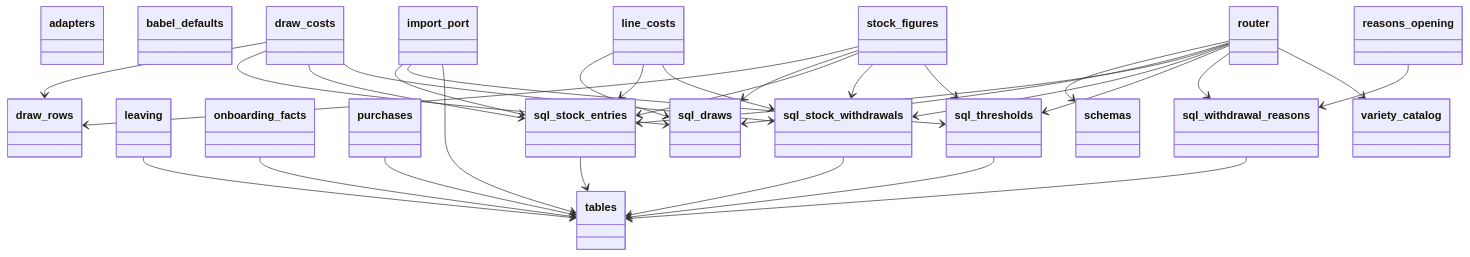
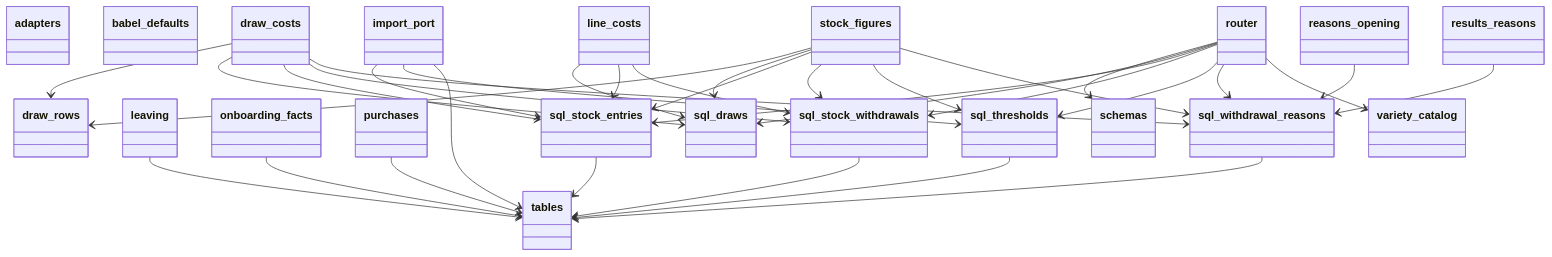
The third of 14 diagrams in docs/architecture/generated/classes/stock.md (GonzaloZevallos/apostrophe), drawn with Mermaid before and after one commit. The commit also changed other lines of this file and 11 other files, not shown here.

````diff
--- a/docs/architecture/generated/classes/stock.md
+++ b/docs/architecture/generated/classes/stock.md
@@ -92,73 +92,78 @@
 ```mermaid
 classDiagram
   class adapters {
   }
   class babel_defaults {
   }
   class draw_costs {
   }
   class draw_rows {
   }
   class import_port {
   }
   class leaving {
   }
   class line_costs {
   }
   class onboarding_facts {
   }
   class purchases {
   }
   class reasons_opening {
+  }
+  class results_reasons {
   }
   class router {
   }
   class schemas {
   }
   class sql_draws {
   }
   class sql_stock_entries {
   }
   class sql_stock_withdrawals {
   }
   class sql_thresholds {
   }
   class sql_withdrawal_reasons {
   }
   class stock_figures {
   }
   class tables {
   }
   class variety_catalog {
   }
   draw_costs --> draw_rows
   draw_costs --> sql_draws
   draw_costs --> sql_stock_entries
   draw_costs --> sql_stock_withdrawals
+  draw_costs --> sql_withdrawal_reasons
   import_port --> sql_stock_entries
   import_port --> sql_thresholds
   import_port --> tables
   leaving --> tables
   line_costs --> sql_draws
   line_costs --> sql_stock_entries
   line_costs --> sql_stock_withdrawals
   onboarding_facts --> tables
   purchases --> tables
   reasons_opening --> sql_withdrawal_reasons
+  results_reasons --> sql_withdrawal_reasons
   router --> schemas
   router --> sql_draws
   router --> sql_stock_entries
   router --> sql_stock_withdrawals
   router --> sql_thresholds
   router --> sql_withdrawal_reasons
   router --> variety_catalog
   sql_stock_entries --> tables
   sql_stock_withdrawals --> tables
   sql_thresholds --> tables
   sql_withdrawal_reasons --> tables
   stock_figures --> draw_rows
   stock_figures --> sql_draws
   stock_figures --> sql_stock_entries
   stock_figures --> sql_stock_withdrawals
   stock_figures --> sql_thresholds
+  stock_figures --> sql_withdrawal_reasons
 ```
````
